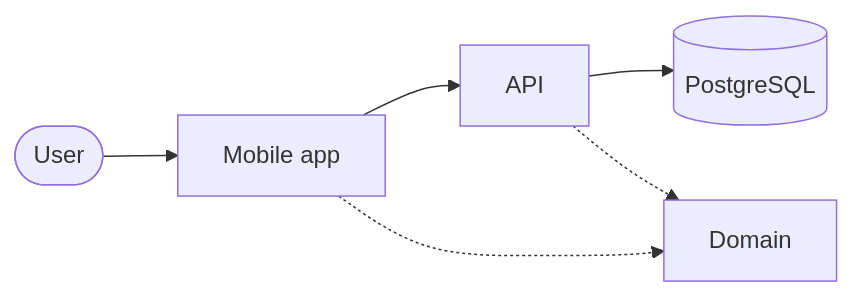
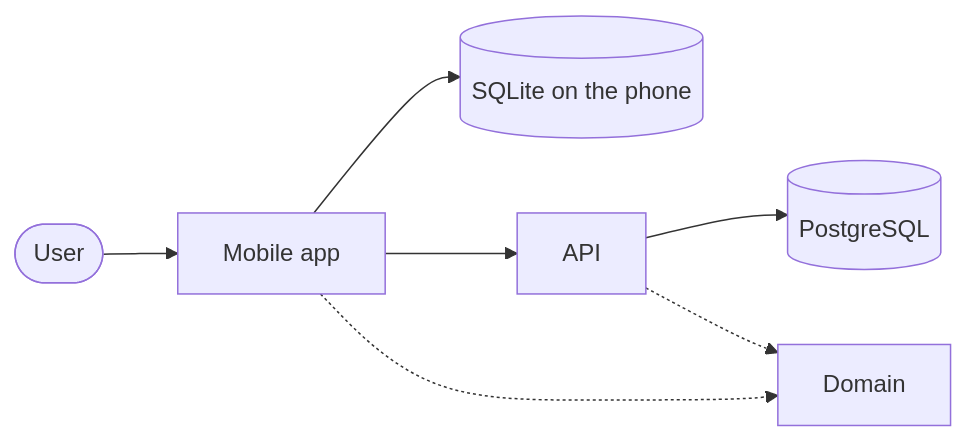
Before and after one commit to tomchen86/shared-expense-tracker: the diagram in docs/architecture.md, drawn with Mermaid. The commit also changed other lines of this file and 1 other file, not shown here.

First line of the commit message:
Scope PostgreSQL to the API and keep mobile data in SQLite

````diff
--- a/docs/architecture.md
+++ b/docs/architecture.md
@@ -5,8 +5,9 @@
 ```mermaid
 flowchart LR
   user([User]) --> mobile[Mobile app]
+  mobile --> local[(SQLite on the phone)]
   mobile --> api[API]
   api --> db[(PostgreSQL)]
   mobile -.-> domain[Domain]
   api -.-> domain
 ```
````
